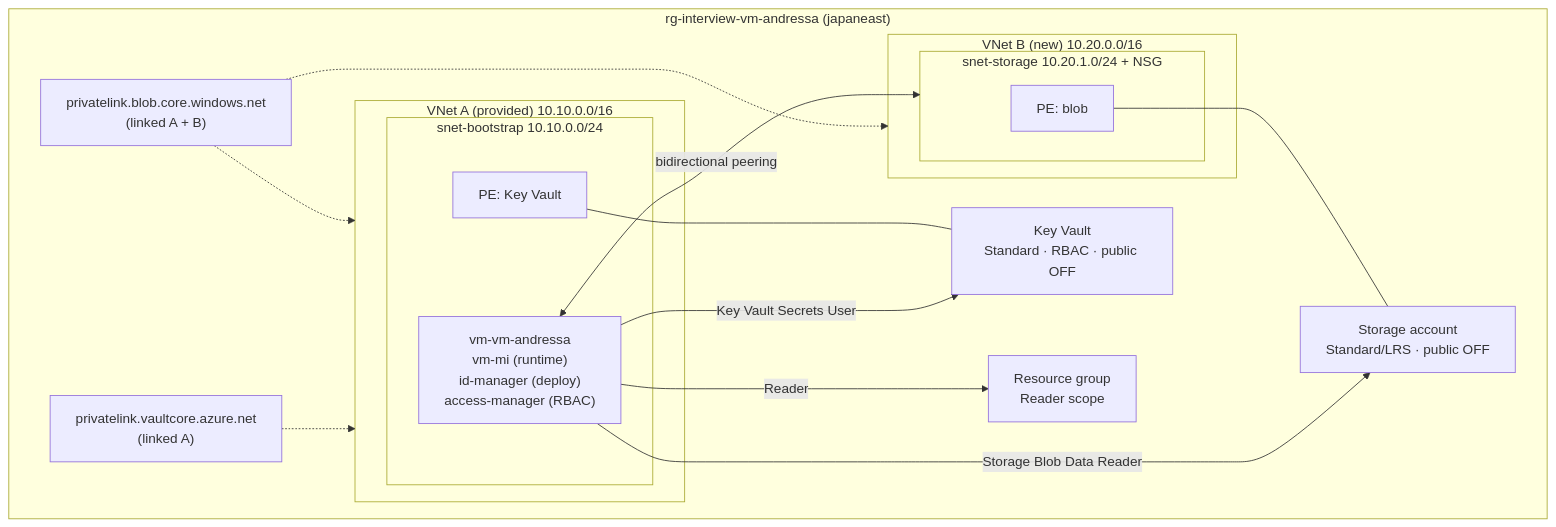
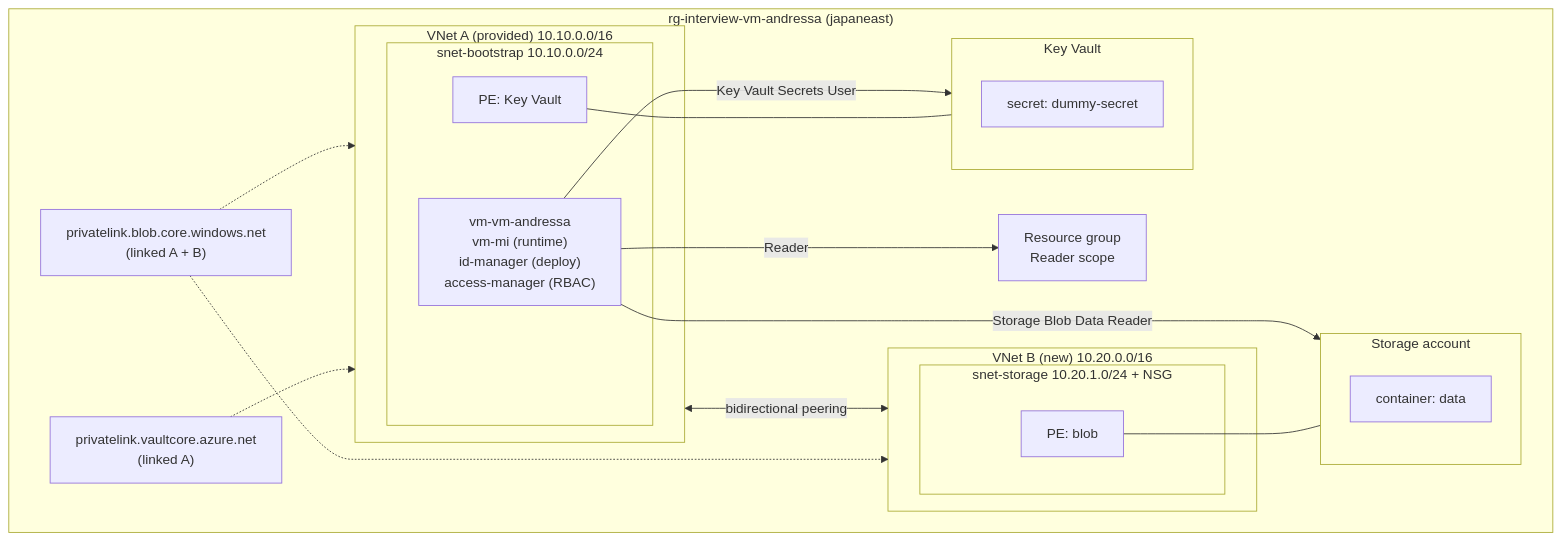
Before and after one commit to panpanpurin/azure-secure-infra-foundation: the diagram in README.md, drawn with Mermaid. The commit also changed other lines of this file and 3 other files, not shown here.

Commit message:
chore: fix KV purge on destroy, correct RBAC docs, refresh diagram

````diff
--- a/README.md
+++ b/README.md
@@ -7,39 +7,47 @@
 ```mermaid
 flowchart LR
     subgraph RG["rg-interview-vm-andressa (japaneast)"]
         direction LR
 
         subgraph VNETA["VNet A (provided) 10.10.0.0/16"]
             subgraph SNETBOOT["snet-bootstrap 10.10.0.0/24"]
                 VM["vm-vm-andressa<br/>vm-mi (runtime)<br/>id-manager (deploy)<br/>access-manager (RBAC)"]
                 PEV["PE: Key Vault"]
             end
         end
 
         subgraph VNETB["VNet B (new) 10.20.0.0/16"]
             subgraph SNETS["snet-storage 10.20.1.0/24 + NSG"]
                 PEB["PE: blob"]
             end
         end
 
-        VM <-->|"bidirectional peering"| SNETS
-        SA["Storage account<br/>Standard/LRS · public OFF"]
-        KV["Key Vault<br/>Standard · RBAC · public OFF"]
+        VNETA <-->|"bidirectional peering"| VNETB
 
-        PEB --- SA
-        PEV --- KV
+        subgraph SAGROUP["Storage account"]
+            direction TB
+            CONTAINER["container: data"]
+        end
+
+        subgraph KVGROUP["Key Vault"]
+            direction TB
+            SECRET["secret: dummy-secret"]
+        end
+
+        PEB --- SAGROUP
+        PEV --- KVGROUP
 
         DNSB["privatelink.blob.core.windows.net<br/>(linked A + B)"]
         DNSV["privatelink.vaultcore.azure.net<br/>(linked A)"]
 
         DNSB -.-> VNETA
         DNSB -.-> VNETB
         DNSV -.-> VNETA
 
         RGSCOPE["Resource group<br/>Reader scope"]
 
         VM -->|"Reader"| RGSCOPE
-        VM -->|"Key Vault Secrets User"| KV
-        VM -->|"Storage Blob Data Reader"| SA
+        VM -->|"Key Vault Secrets User"| SECRET
+        VM -->|"Storage Blob Data Reader"| CONTAINER
     end
 ```
````
